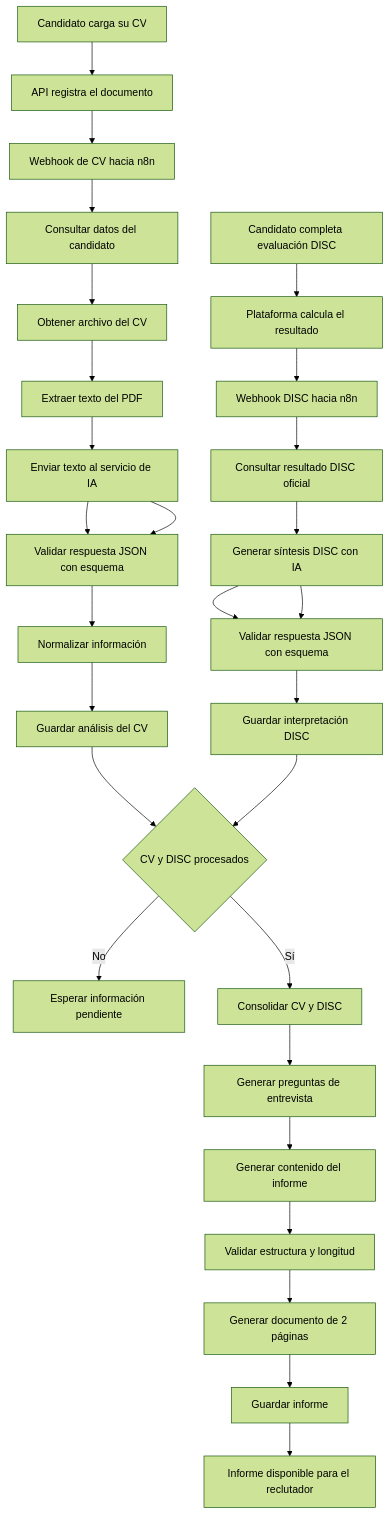
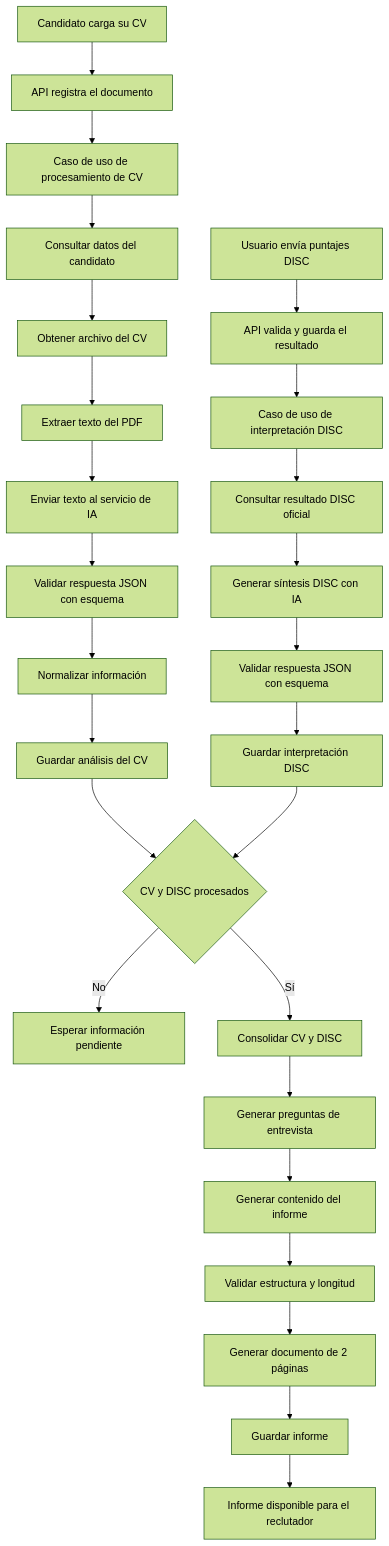
One commit to JspaNexo/azure-ats changed the third of 5 diagrams in docs/sdd.md. Above: the diagram before and after it, drawn with Mermaid (forest theme). The commit also changed other lines of this file and 76 other files, not shown here.

````diff
--- a/docs/sdd.md
+++ b/docs/sdd.md
@@ -207,35 +194,33 @@
 ```mermaid
 flowchart TD
     A[Candidato carga su CV] --> B[API registra el documento]
-    B --> C[Webhook de CV hacia n8n]
+    B --> C[Caso de uso de procesamiento de CV]
 
     C --> D[Consultar datos del candidato]
     D --> E[Obtener archivo del CV]
     E --> F[Extraer texto del PDF]
     F --> G[Enviar texto al servicio de IA]
-    G --> H[Validar respuesta JSON]
     G --> H[Validar respuesta JSON con esquema]
     H --> I[Normalizar información]
     I --> J[Guardar análisis del CV]
 
-    K[Candidato completa evaluación DISC] --> L[Plataforma calcula el resultado]
-    L --> M[Webhook DISC hacia n8n]
+    K[Usuario envía puntajes DISC] --> L[API valida y guarda el resultado]
+    L --> M[Caso de uso de interpretación DISC]
     M --> N[Consultar resultado DISC oficial]
     N --> O[Generar síntesis DISC con IA]
-    O --> P[Validar respuesta JSON]
     O --> P[Validar respuesta JSON con esquema]
     P --> Q[Guardar interpretación DISC]
 
     J --> R{CV y DISC procesados}
     Q --> R
 
     R -->|No| S[Esperar información pendiente]
     R -->|Sí| T[Consolidar CV y DISC]
 
     T --> U[Generar preguntas de entrevista]
     U --> V[Generar contenido del informe]
     V --> W[Validar estructura y longitud]
     W --> X[Generar documento de 2 páginas]
     X --> Y[Guardar informe]
     Y --> Z[Informe disponible para el reclutador]
 ```
````
